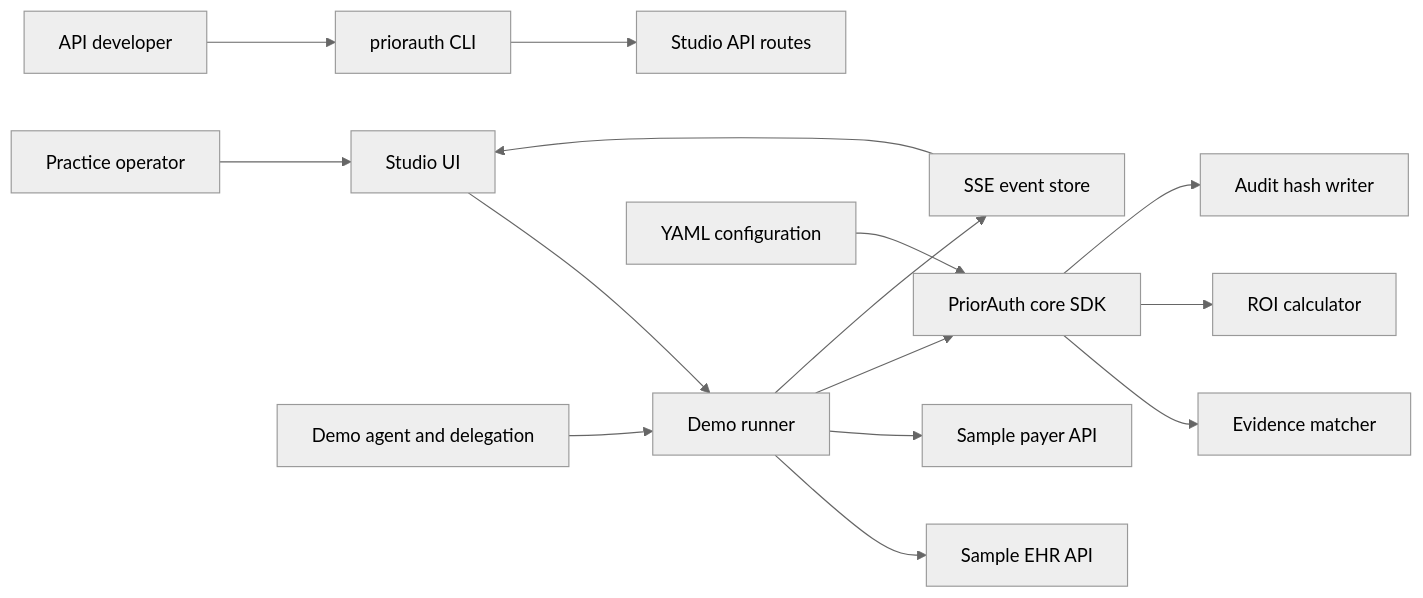
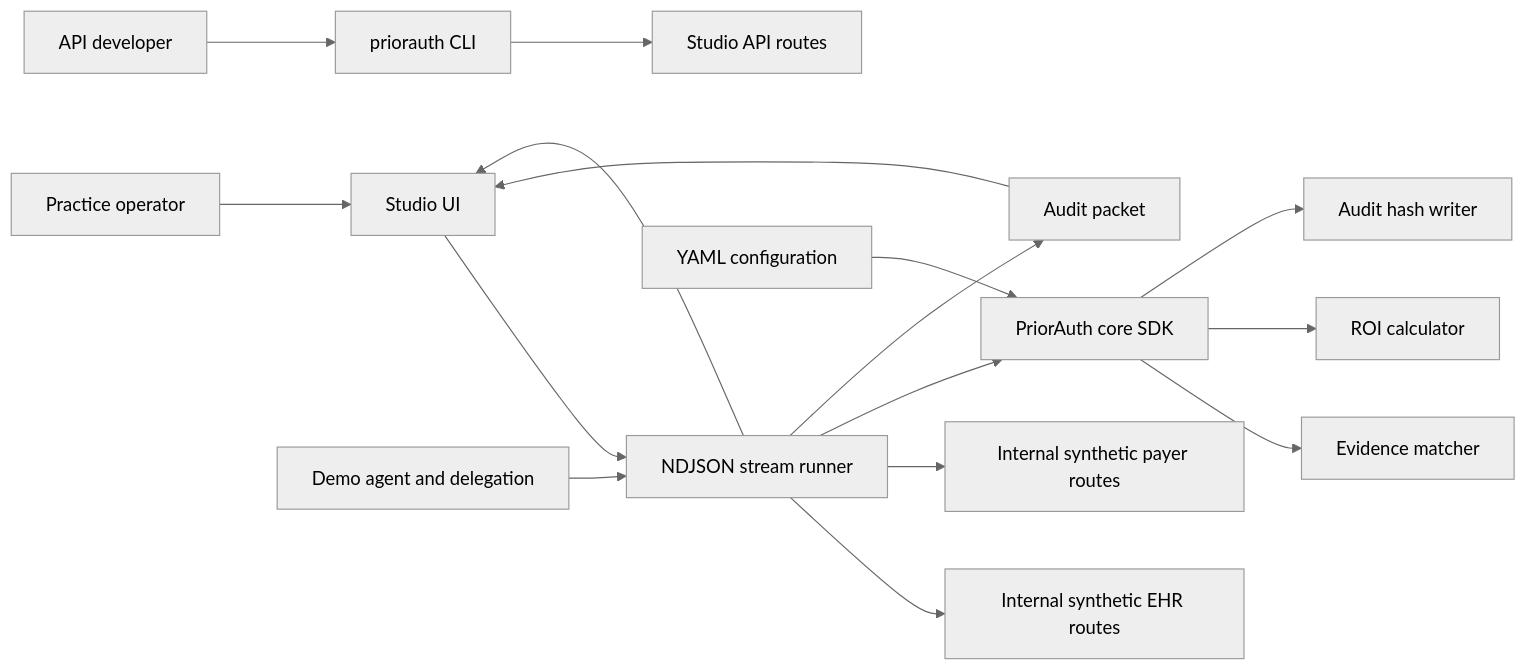
Before and after one commit to roshaninfordham/healthagentpassport: the first of 6 diagrams in docs/architecture.md, drawn with Mermaid (neutral theme). The commit also changed other lines of this file and 34 other files, not shown here.

````diff
--- a/docs/architecture.md
+++ b/docs/architecture.md
@@ -9,17 +10,18 @@
 ```mermaid
 flowchart LR
   Operator["Practice operator"] --> Studio["Studio UI"]
   Developer["API developer"] --> CLI["priorauth CLI"]
-  Studio --> DemoRun["Demo runner"]
+  Studio --> DemoRun["NDJSON stream runner"]
   CLI --> StudioApi["Studio API routes"]
-  DemoRun --> EHR["Sample EHR API"]
-  DemoRun --> Payer["Sample payer API"]
+  DemoRun --> EHR["Internal synthetic EHR routes"]
+  DemoRun --> Payer["Internal synthetic payer routes"]
   DemoRun --> Core["PriorAuth core SDK"]
   Core --> Evidence["Evidence matcher"]
   Core --> ROI["ROI calculator"]
   Core --> Audit["Audit hash writer"]
   Config["YAML configuration"] --> Core
   Agent["Demo agent and delegation"] --> DemoRun
-  DemoRun --> Events["SSE event store"]
-  Events --> Studio
+  DemoRun --> Packet["Audit packet"]
+  DemoRun --> Studio
+  Packet --> Studio
 ```
````
